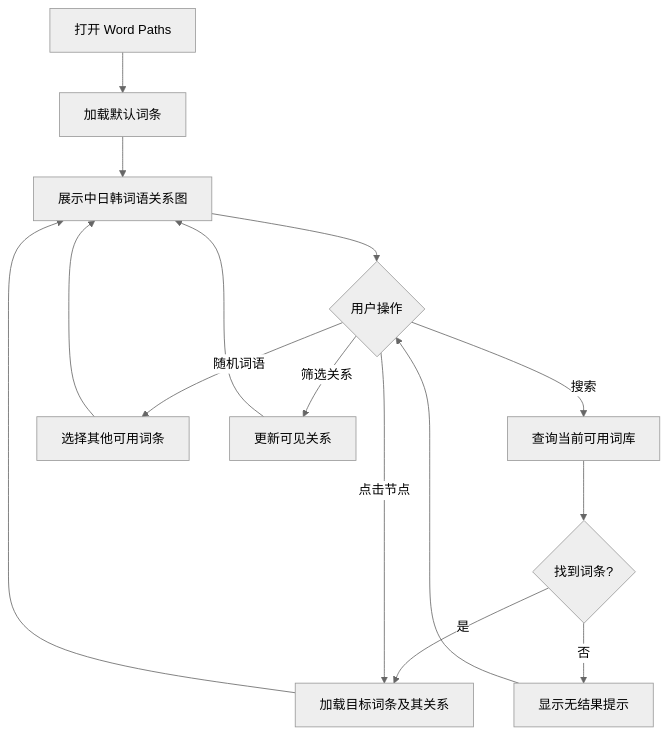
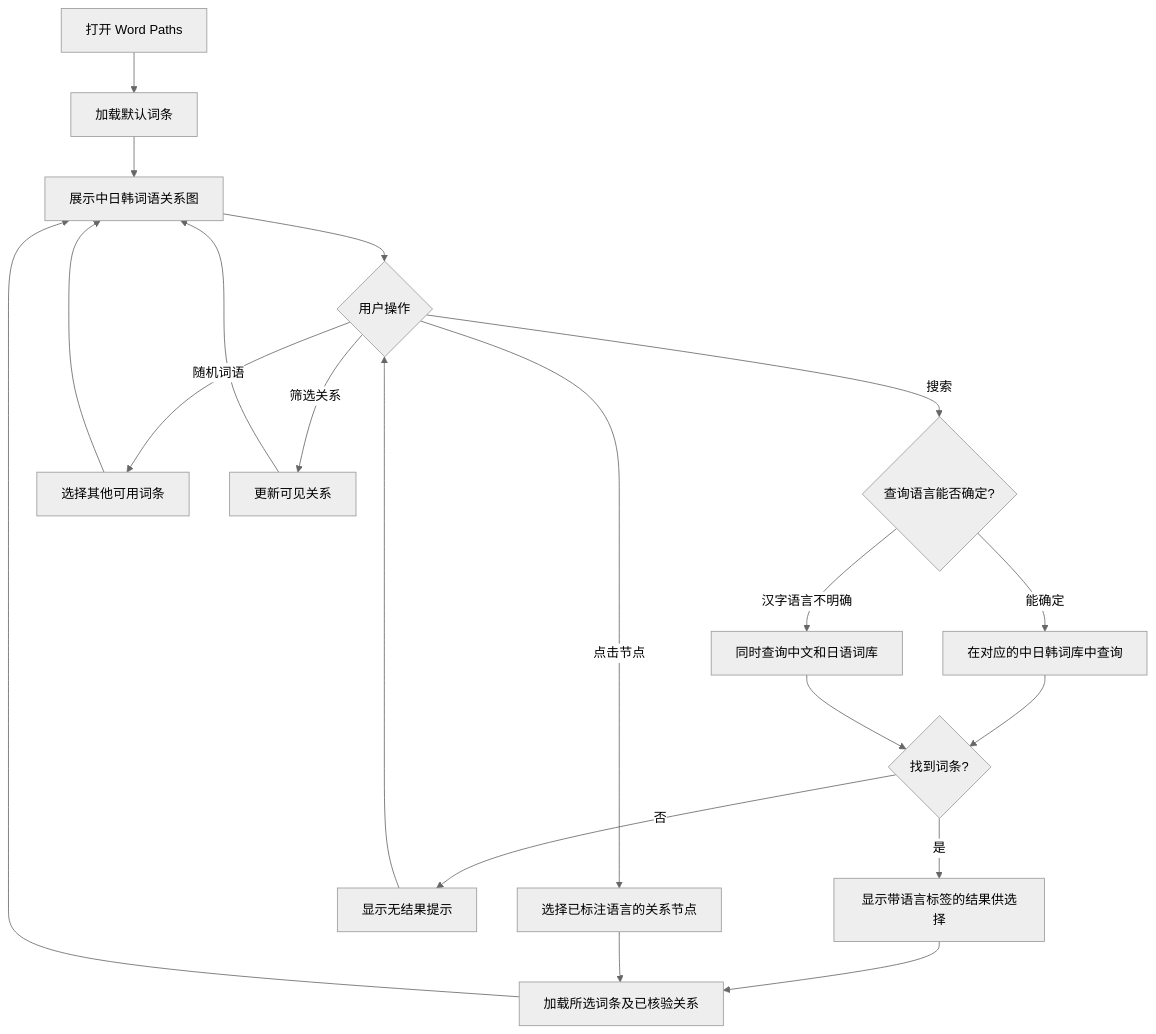
The first of 2 diagrams in word-paths/PRD.md (sevenxyt48/Ash-Repo-Assignment3), drawn with Mermaid (neutral theme) before and after one commit. The commit also changed other lines of this file, not shown here.

````diff
--- a/word-paths/PRD.md
+++ b/word-paths/PRD.md
@@ -383,17 +402,22 @@
 ```mermaid
 flowchart TD
     A[打开 Word Paths] --> B[加载默认词条]
     B --> C[展示中日韩词语关系图]
     C --> D{用户操作}
-    D -->|搜索| E[查询当前可用词库]
-    E --> F{找到词条?}
-    F -->|是| G[加载目标词条及其关系]
-    F -->|否| H[显示无结果提示]
-    H --> D
-    D -->|随机词语| I[选择其他可用词条]
-    D -->|点击节点| G
-    D -->|筛选关系| J[更新可见关系]
+    D -->|搜索| E{查询语言能否确定?}
+    E -->|能确定| F[在对应的中日韩词库中查询]
+    E -->|汉字语言不明确| G[同时查询中文和日语词库]
+    F --> H{找到词条?}
+    G --> H
+    H -->|是| I[显示带语言标签的结果供选择]
+    I --> J[加载所选词条及已核验关系]
+    H -->|否| K[显示无结果提示]
+    K --> D
+    D -->|随机词语| R[选择其他可用词条]
+    D -->|点击节点| S[选择已标注语言的关系节点]
+    D -->|筛选关系| T[更新可见关系]
+    T --> C
+    R --> C
+    S --> J
     J --> C
-    I --> C
-    G --> C
 ```
````
